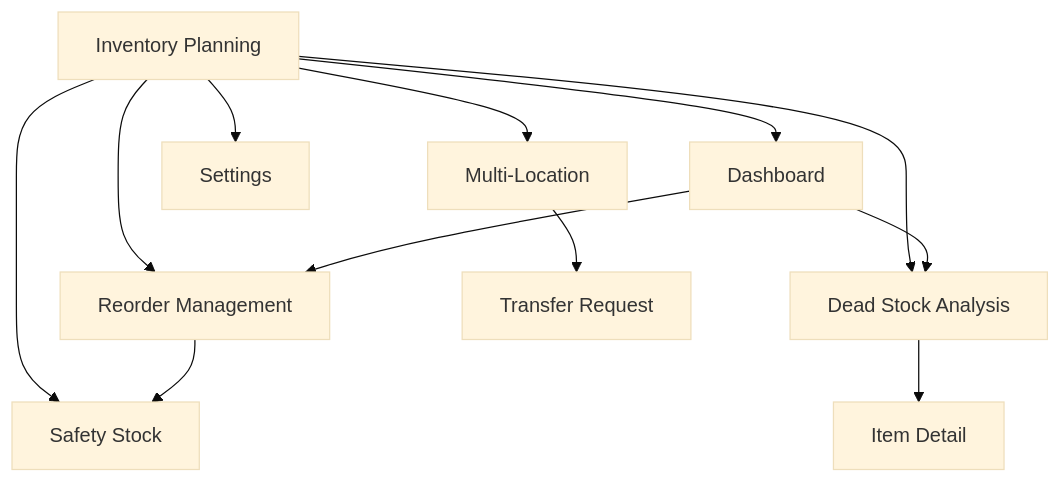
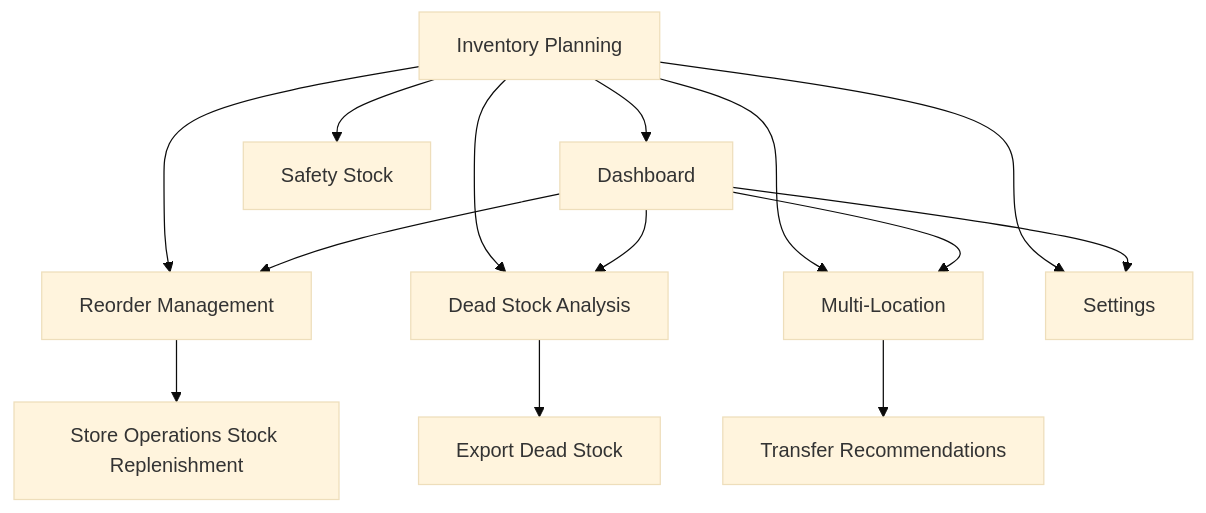
The first of 32 diagrams in docs/app/operational-planning/inventory-planning/FD-inventory-planning.md (PeakMNA/carmen), drawn with Mermaid (base theme) before and after one commit. The commit also changed other lines of this file and 473 other files, not shown here.

````diff
--- a/docs/app/operational-planning/inventory-planning/FD-inventory-planning.md
+++ b/docs/app/operational-planning/inventory-planning/FD-inventory-planning.md
@@ -19,15 +26,17 @@
 ```mermaid
 graph TB
     A[Inventory Planning] --> B[Dashboard]
     A --> C[Reorder Management]
     A --> D[Dead Stock Analysis]
     A --> E[Safety Stock]
     A --> F[Multi-Location]
     A --> G[Settings]
 
     B --> C
     B --> D
-    C --> E
-    D --> H[Item Detail]
-    F --> I[Transfer Request]
+    B --> F
+    B --> G
+    C --> H[Store Operations Stock Replenishment]
+    D --> I[Export Dead Stock]
+    F --> J[Transfer Recommendations]
 ```
````
